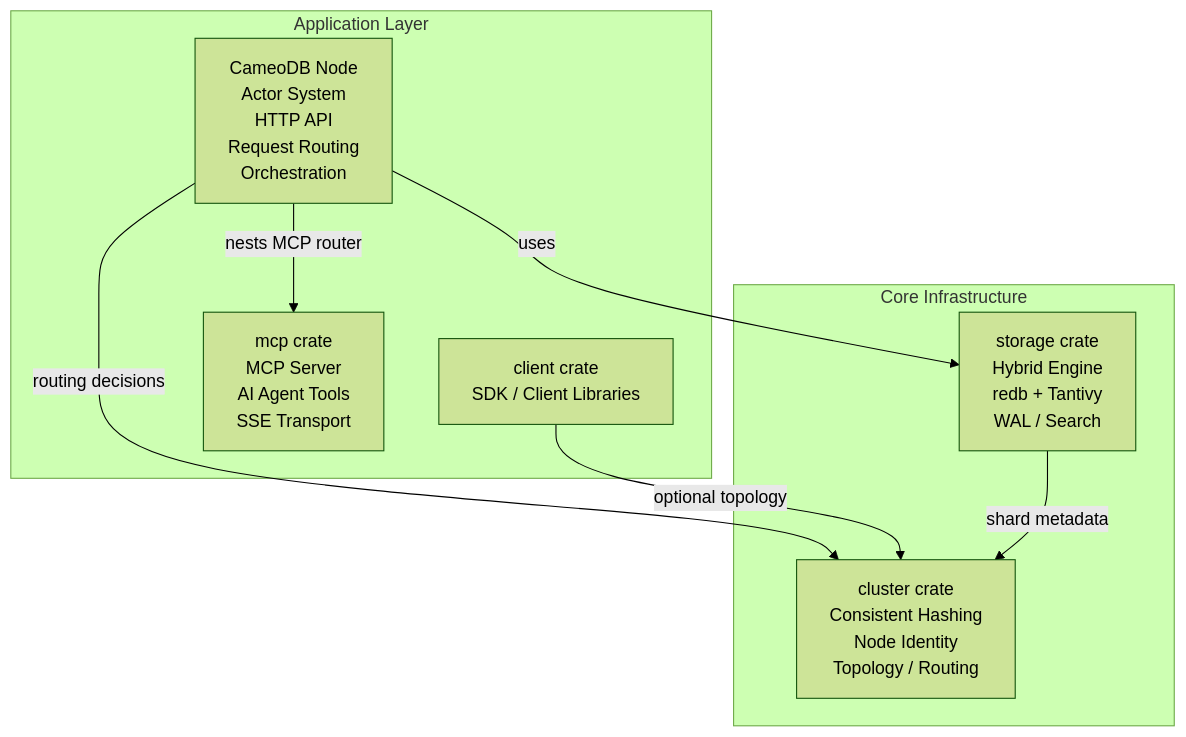
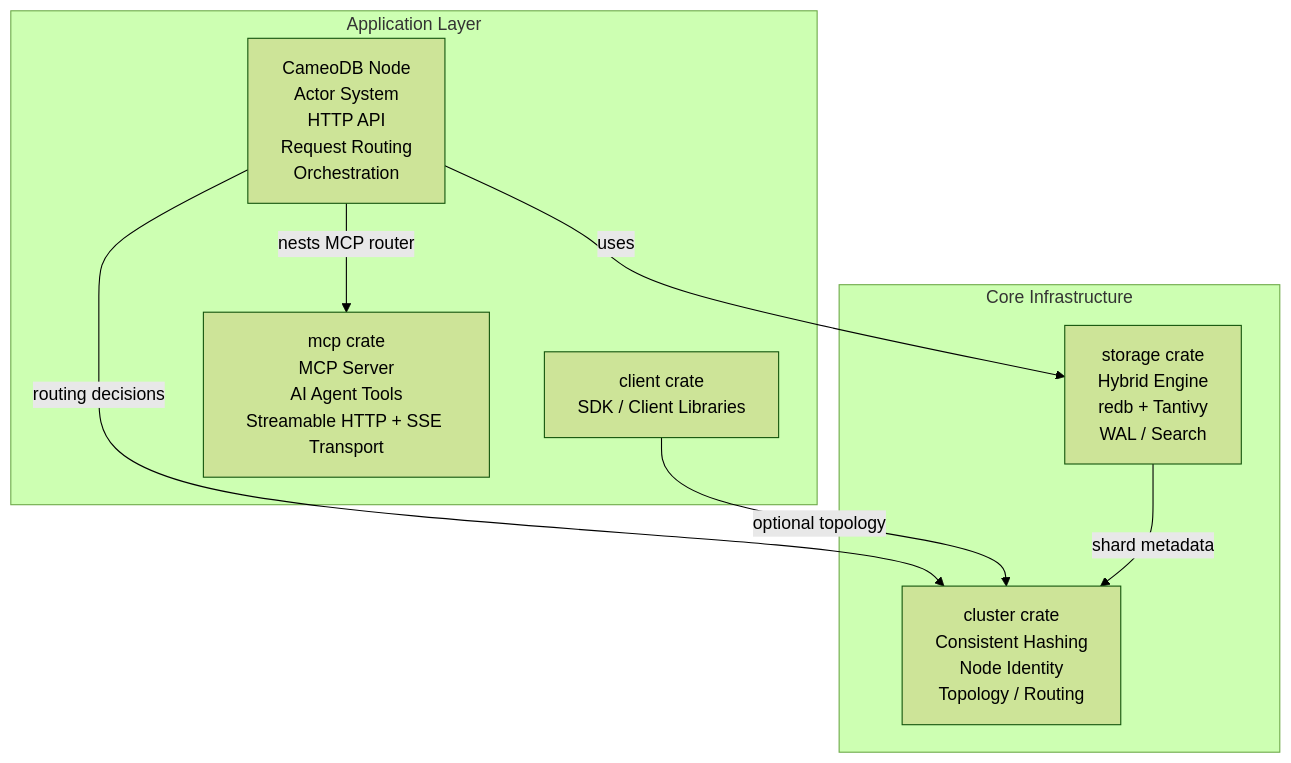
One commit to cameodb/cameodb changed the second of 2 diagrams in docs/ARCHITECTURE.md. Above: the diagram before and after it, drawn with Mermaid (forest theme). The commit also changed other lines of this file and 20 other files, not shown here.

````diff
--- a/docs/ARCHITECTURE.md
+++ b/docs/ARCHITECTURE.md
@@ -284,19 +290,19 @@
 ```mermaid
 flowchart TB
     subgraph Application["Application Layer"]
         Server["CameoDB Node<br/>Actor System<br/>HTTP API<br/>Request Routing<br/>Orchestration"]
         Client["client crate<br/>SDK / Client Libraries"]
-        Mcp["mcp crate<br/>MCP Server<br/>AI Agent Tools<br/>SSE Transport"]
+        Mcp["mcp crate<br/>MCP Server<br/>AI Agent Tools<br/>Streamable HTTP + SSE Transport"]
     end
 
     subgraph Core["Core Infrastructure"]
         Storage["storage crate<br/>Hybrid Engine<br/>redb + Tantivy<br/>WAL / Search"]
         Cluster["cluster crate<br/>Consistent Hashing<br/>Node Identity<br/>Topology / Routing"]
     end
 
     Server -->|uses| Storage
     Server -->|routing decisions| Cluster
     Server -->|nests MCP router| Mcp
     Client -->|optional topology| Cluster
     Storage -->|shard metadata| Cluster
 ```
````
